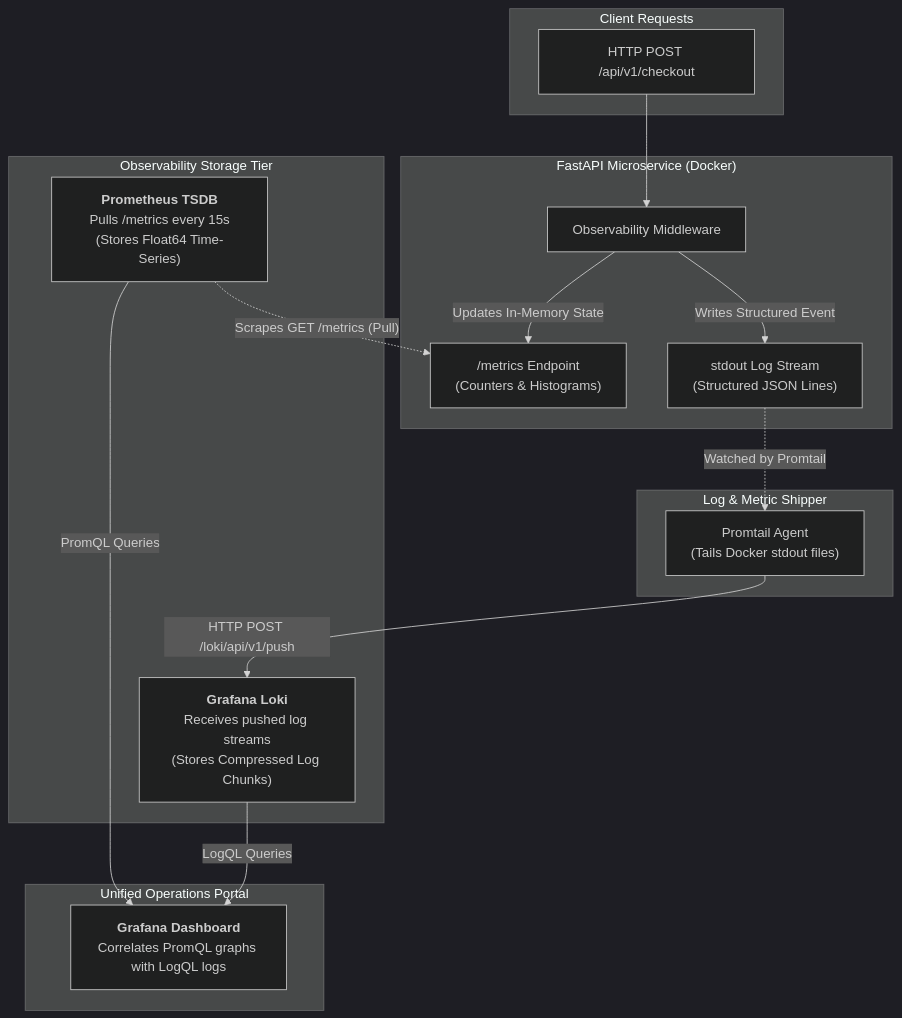
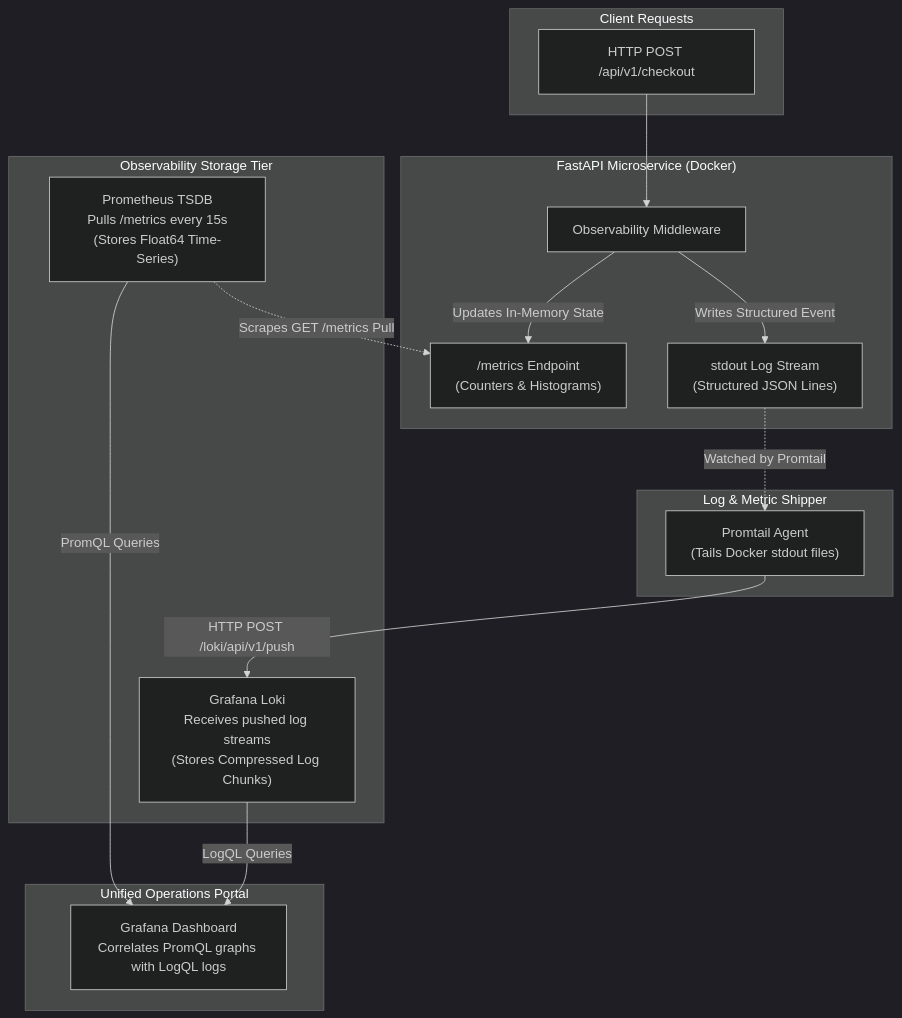
The fifth of 7 diagrams in 01-Python-Mastery/13-High-Performance-Web-Architecture-FastAPI-And-Pydantic-V2.md (reddykarthikeya1/AI-Systems-Mastery), drawn with Mermaid (dark theme) before and after one commit. The commit also changed other lines of this file and 132 other files, not shown here.

Commit message:
fix(portal): resolve mermaid syntax in Ch 13 and register all 129 books in portal build

````diff
--- a/01-Python-Mastery/13-High-Performance-Web-Architecture-FastAPI-And-Pydantic-V2.md
+++ b/01-Python-Mastery/13-High-Performance-Web-Architecture-FastAPI-And-Pydantic-V2.md
@@ -653,36 +653,36 @@
 ```mermaid
 flowchart TD
     subgraph Client_Traffic ["Client Requests"]
         Req["HTTP POST /api/v1/checkout"]
     end
 
     subgraph App_Container ["FastAPI Microservice (Docker)"]
         MW["Observability Middleware"]
         PromMetrics["/metrics Endpoint<br/>(Counters & Histograms)"]
         StdoutStream["stdout Log Stream<br/>(Structured JSON Lines)"]
     end
 
     subgraph Ingestion_Pipeline ["Log & Metric Shipper"]
         PromtailAgent["Promtail Agent<br/>(Tails Docker stdout files)"]
     end
 
     subgraph Storage_Engines ["Observability Storage Tier"]
-        PromDB["<b>Prometheus TSDB</b><br/>Pulls /metrics every 15s<br/>(Stores Float64 Time-Series)"]
-        LokiDB["<b>Grafana Loki</b><br/>Receives pushed log streams<br/>(Stores Compressed Log Chunks)"]
+        PromDB["Prometheus TSDB<br/>Pulls /metrics every 15s<br/>(Stores Float64 Time-Series)"]
+        LokiDB["Grafana Loki<br/>Receives pushed log streams<br/>(Stores Compressed Log Chunks)"]
     end
 
     subgraph Visualization ["Unified Operations Portal"]
-        GrafanaUI["<b>Grafana Dashboard</b><br/>Correlates PromQL graphs with LogQL logs"]
+        GrafanaUI["Grafana Dashboard<br/>Correlates PromQL graphs with LogQL logs"]
     end
 
     Req --> MW
     MW -->|Updates In-Memory State| PromMetrics
     MW -->|Writes Structured Event| StdoutStream
 
-    PromDB -. "Scrapes GET /metrics (Pull)" .-> PromMetrics
-    StdoutStream -. "Watched by Promtail" .-> PromtailAgent
-    PromtailAgent -- "HTTP POST /loki/api/v1/push" --> LokiDB
+    PromDB -.->|Scrapes GET /metrics Pull| PromMetrics
+    StdoutStream -.->|Watched by Promtail| PromtailAgent
+    PromtailAgent -->|HTTP POST /loki/api/v1/push| LokiDB
 
     PromDB -->|PromQL Queries| GrafanaUI
     LokiDB -->|LogQL Queries| GrafanaUI
 ```
````
